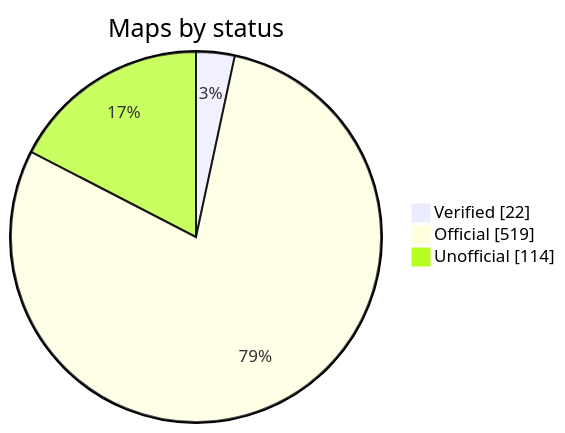
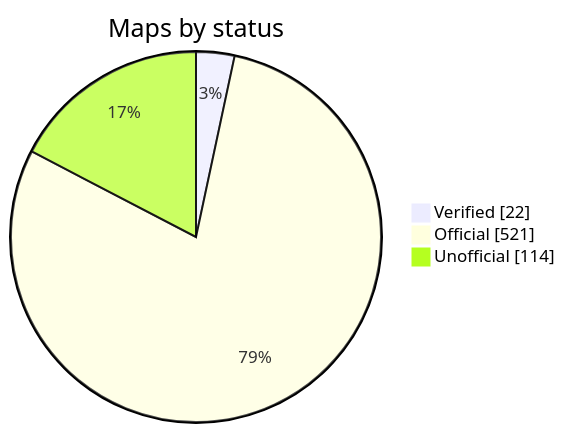
Before and after one commit to nobrega8/mbmap-library: the diagram in README.md, drawn with Mermaid. The commit also changed 7 other files, not shown here.

````diff
--- a/README.md
+++ b/README.md
@@ -52,7 +52,7 @@
 ```mermaid
 pie showData
     title Maps by status
     "Verified" : 22
-    "Official" : 519
+    "Official" : 521
     "Unofficial" : 114
 ```
````
